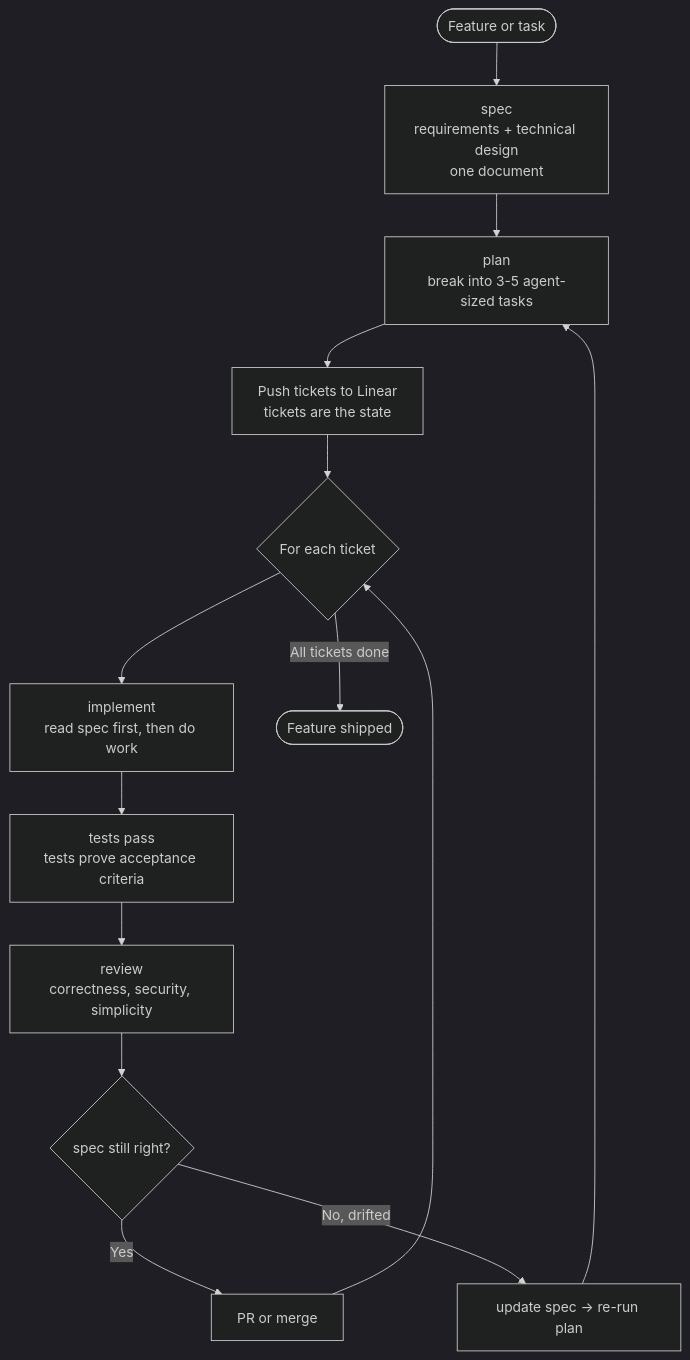
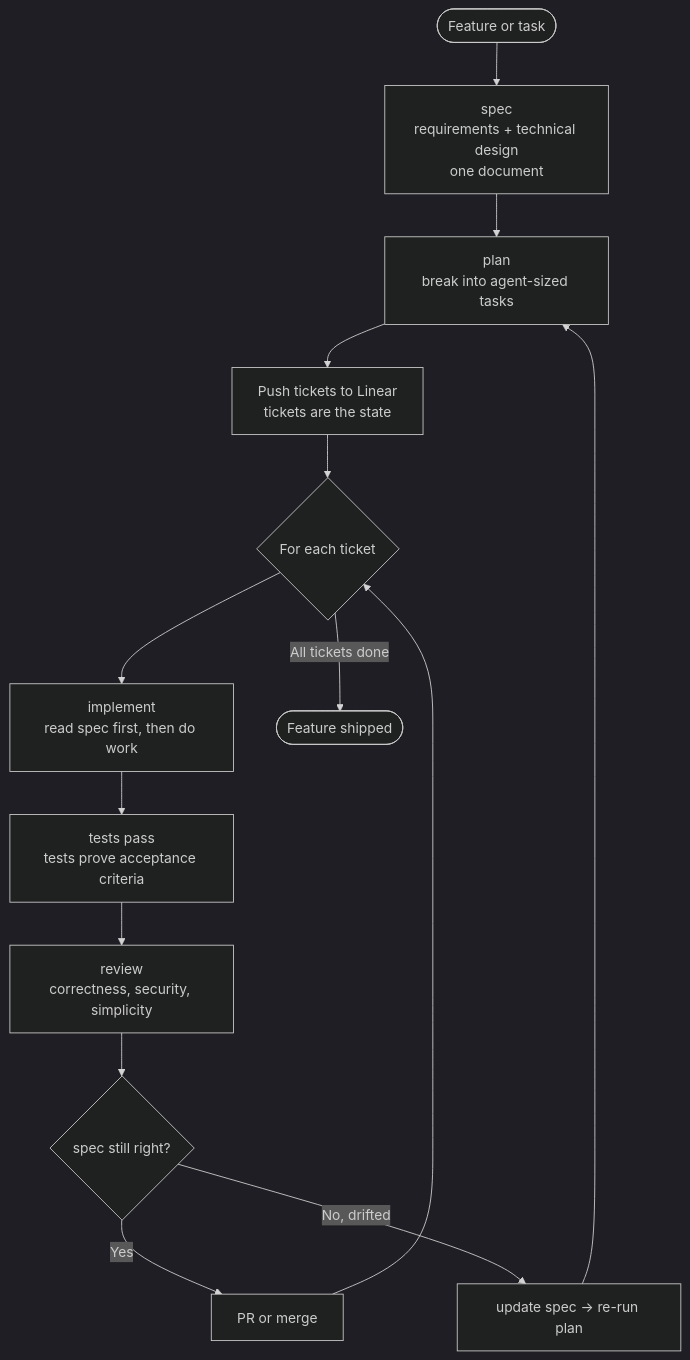
The diagram in README.md (owainlewis/blueprint), drawn with Mermaid (dark theme) before and after one commit. The commit also changed other lines of this file and 2 other files, not shown here.

````diff
--- a/README.md
+++ b/README.md
@@ -29,16 +29,16 @@
 ```mermaid
 flowchart TD
     Start([Feature or task]) --> Spec[spec<br/>requirements + technical design<br/>one document]
-    Spec --> Plan[plan<br/>break into 3-5 agent-sized tasks]
+    Spec --> Plan[plan<br/>break into agent-sized tasks]
     Plan --> Linear[Push tickets to Linear<br/>tickets are the state]
     Linear --> Loop{For each ticket}
     Loop --> Implement[implement<br/>read spec first, then do work]
     Implement --> Tests[tests pass<br/>tests prove acceptance criteria]
     Tests --> Review[review<br/>correctness, security, simplicity]
     Review --> Decision{spec still right?}
     Decision -->|Yes| Ship[PR or merge]
     Decision -->|No, drifted| Respec[update spec -> re-run plan]
     Respec --> Plan
     Ship --> Loop
     Loop -->|All tickets done| Done([Feature shipped])
 ```
````
